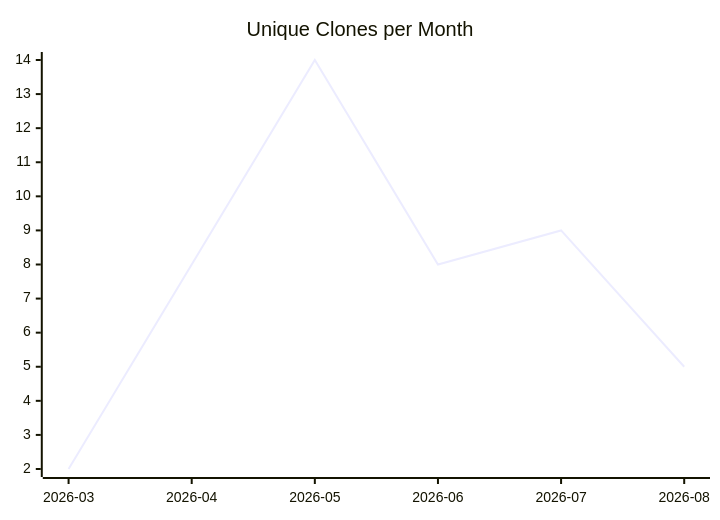
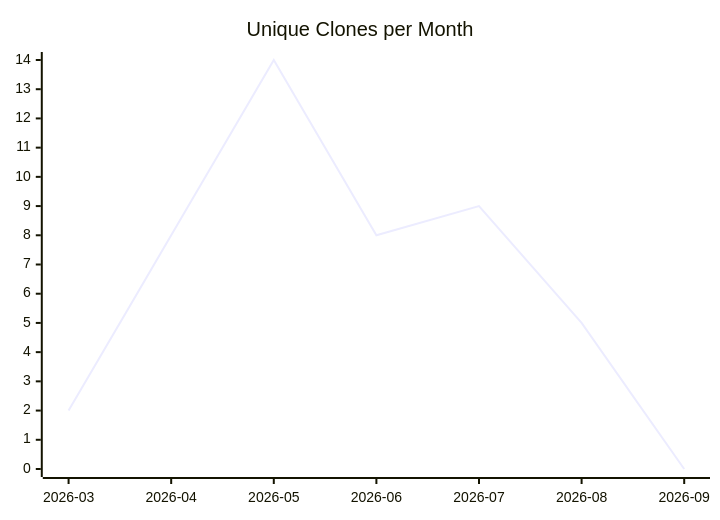
One commit to justdavis-family/github-analytics-data changed the third of 3 diagrams in karlmdavis/kobjects/README.md. Above: the diagram before and after it, drawn with Mermaid. The commit also changed other lines of this file and 191 other files, not shown here.

````diff
--- a/karlmdavis/kobjects/README.md
+++ b/karlmdavis/kobjects/README.md
@@ -19,6 +19,6 @@
 ```mermaid
 xychart-beta
   title "Unique Clones per Month"
-  x-axis ["2026-03", "2026-04", "2026-05", "2026-06", "2026-07", "2026-08"]
-  line [2, 8, 14, 8, 9, 5]
+  x-axis ["2026-03", "2026-04", "2026-05", "2026-06", "2026-07", "2026-08", "2026-09"]
+  line [2, 8, 14, 8, 9, 5, 0]
 ```
````
